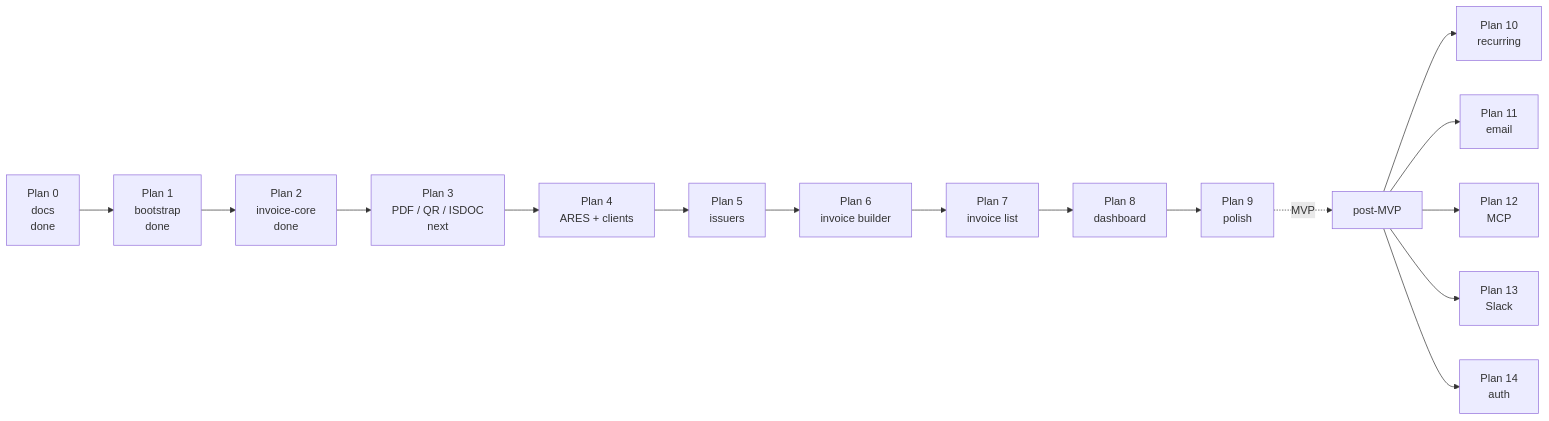
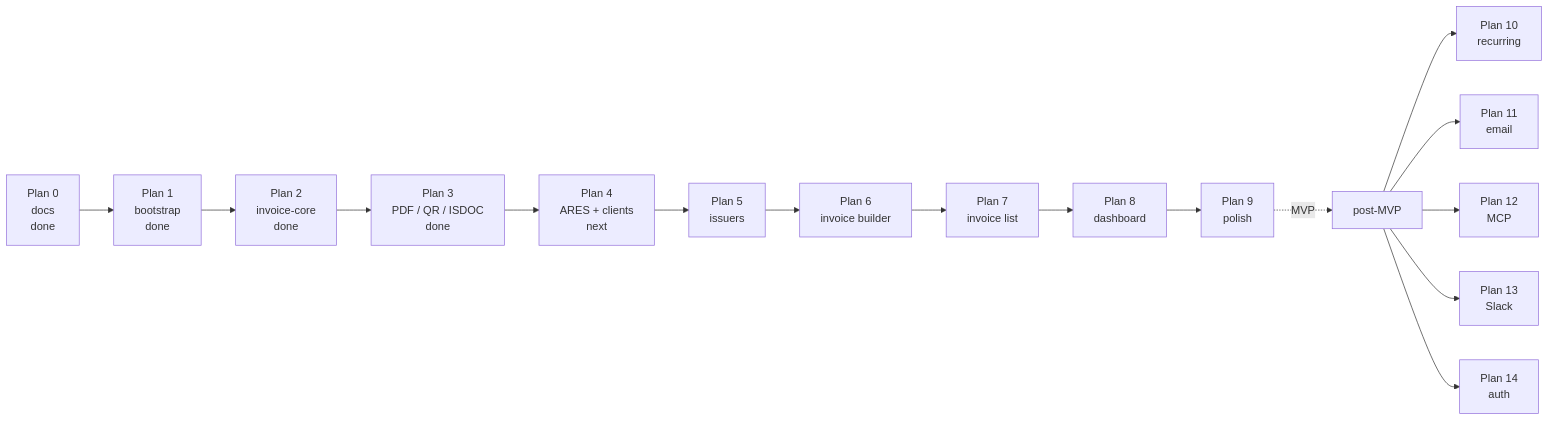
The diagram in docs/roadmap.md (filipditrich/inveoiceyai), drawn with Mermaid before and after one commit. The commit also changed other lines of this file and 31 other files, not shown here.

First line of the commit message:
feat(invoice-core): add pdf, spayd qr, and isdoc export

````diff
--- a/docs/roadmap.md
+++ b/docs/roadmap.md
@@ -7,18 +7,18 @@
 ```mermaid
 flowchart LR
     P0["Plan 0<br/>docs<br/>done"] --> P1["Plan 1<br/>bootstrap<br/>done"]
     P1 --> P2["Plan 2<br/>invoice-core<br/>done"]
-    P2 --> P3["Plan 3<br/>PDF / QR / ISDOC<br/>next"]
-    P3 --> P4["Plan 4<br/>ARES + clients"]
+    P2 --> P3["Plan 3<br/>PDF / QR / ISDOC<br/>done"]
+    P3 --> P4["Plan 4<br/>ARES + clients<br/>next"]
     P4 --> P5["Plan 5<br/>issuers"]
     P5 --> P6["Plan 6<br/>invoice builder"]
     P6 --> P7["Plan 7<br/>invoice list"]
     P7 --> P8["Plan 8<br/>dashboard"]
     P8 --> P9["Plan 9<br/>polish"]
     P9 -.MVP.-> Post["post-MVP"]
     Post --> P10["Plan 10<br/>recurring"]
     Post --> P11["Plan 11<br/>email"]
     Post --> P12["Plan 12<br/>MCP"]
     Post --> P13["Plan 13<br/>Slack"]
     Post --> P14["Plan 14<br/>auth"]
 ```
````
